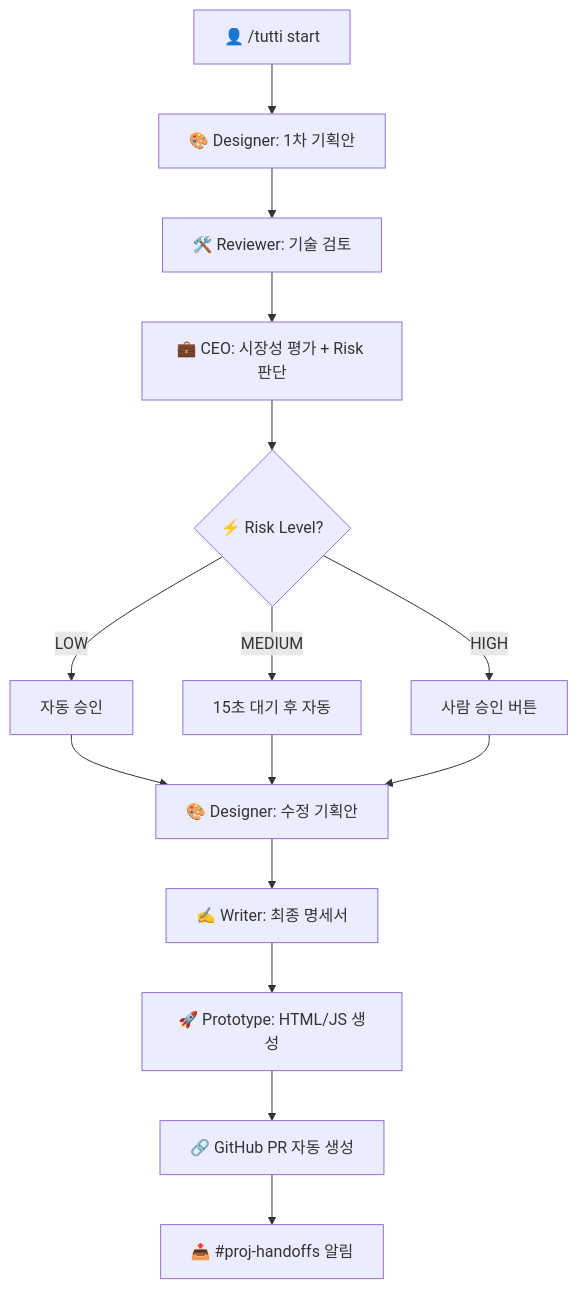
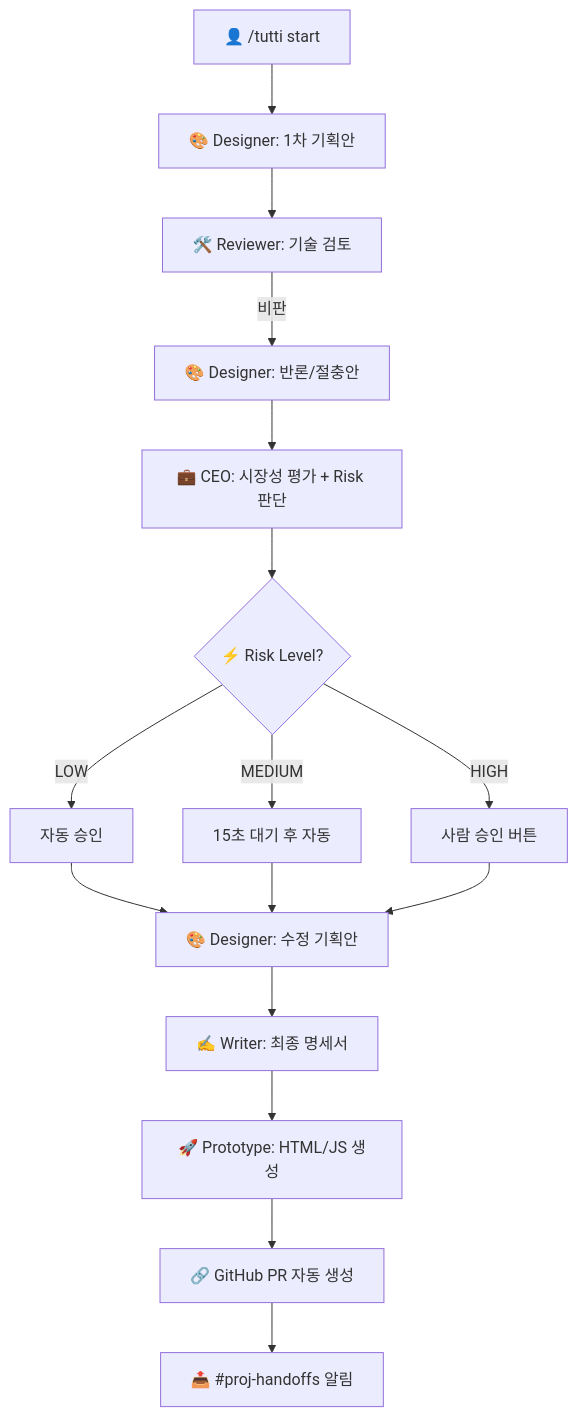
Before and after one commit to lowshot31/Orchestra-Game-Spec: the diagram in DESIGN.md, drawn with Mermaid. The commit also changed 1 other file, not shown here.

Commit message:
docs: add negotiation step to pipeline diagrams (README, DESIGN)

````diff
--- a/DESIGN.md
+++ b/DESIGN.md
@@ -73,17 +73,18 @@
 ```mermaid
 graph TD
     A["👤 /tutti start"] --> B["🎨 Designer: 1차 기획안"]
     B --> C["🛠️ Reviewer: 기술 검토"]
-    C --> D["💼 CEO: 시장성 평가 + Risk 판단"]
+    C --> |"비판"| C2["🎨 Designer: 반론/절충안"]
+    C2 --> D["💼 CEO: 시장성 평가 + Risk 판단"]
     D --> E{"⚡ Risk Level?"}
     E -->|LOW| F["자동 승인"]
     E -->|MEDIUM| G["15초 대기 후 자동"]
     E -->|HIGH| H["사람 승인 버튼"]
     F --> I["🎨 Designer: 수정 기획안"]
     G --> I
     H --> I
     I --> J["✍️ Writer: 최종 명세서"]
     J --> K["🚀 Prototype: HTML/JS 생성"]
     K --> L["🔗 GitHub PR 자동 생성"]
     L --> M["📤 #proj-handoffs 알림"]
 ```
````
